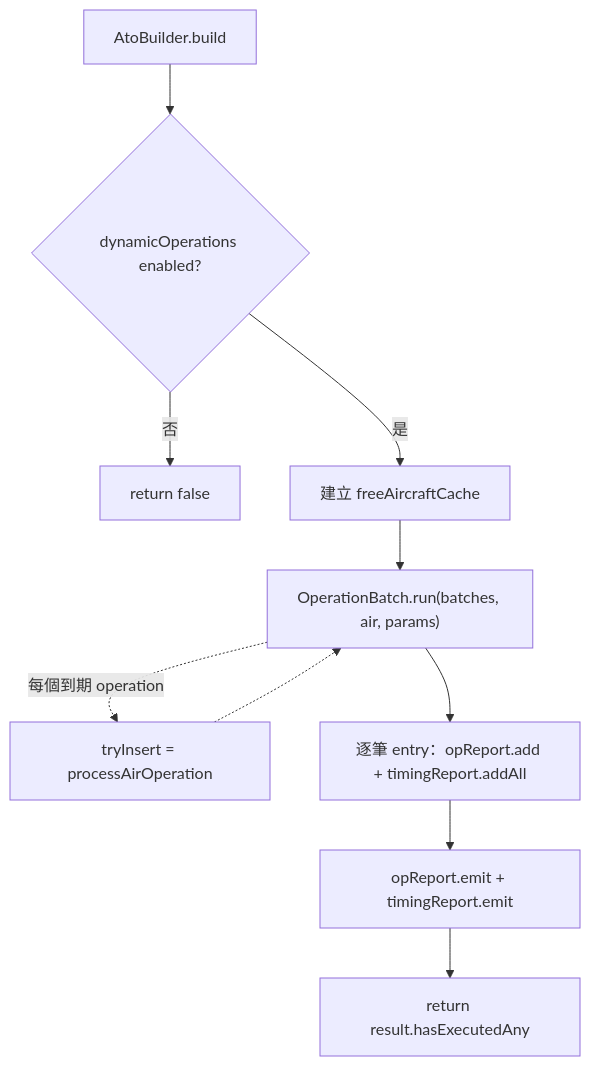
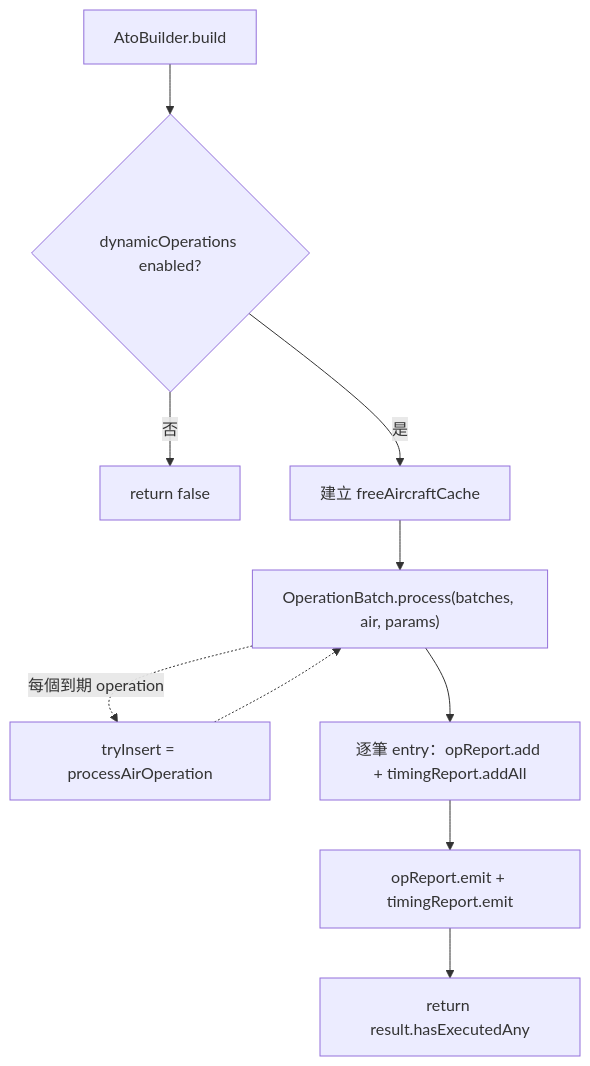
The first of 2 diagrams in docs/strikePlanner/atoBuilder.md (pullupjumper/formosa-in-flames), drawn with Mermaid before and after one commit. The commit also changed other lines of this file and 37 other files, not shown here.

````diff
--- a/docs/strikePlanner/atoBuilder.md
+++ b/docs/strikePlanner/atoBuilder.md
@@ -23,18 +23,18 @@
 ```mermaid
 flowchart TD
     ENTRY["AtoBuilder.build"]
     ENABLED{"dynamicOperations enabled?"}
     STOP["return false"]
     CACHE["建立 freeAircraftCache"]
-    RUN["OperationBatch.run(batches, air, params)"]
+    RUN["OperationBatch.process(batches, air, params)"]
     TRY["tryInsert = processAirOperation"]
     ENTRIES["逐筆 entry：opReport.add + timingReport.addAll"]
     EMIT["opReport.emit + timingReport.emit"]
     RETURN["return result.hasExecutedAny"]
 
     ENTRY --> ENABLED
     ENABLED -->|否| STOP
     ENABLED -->|是| CACHE --> RUN
     RUN -.->|每個到期 operation| TRY -.-> RUN
     RUN --> ENTRIES --> EMIT --> RETURN
 ```
````
